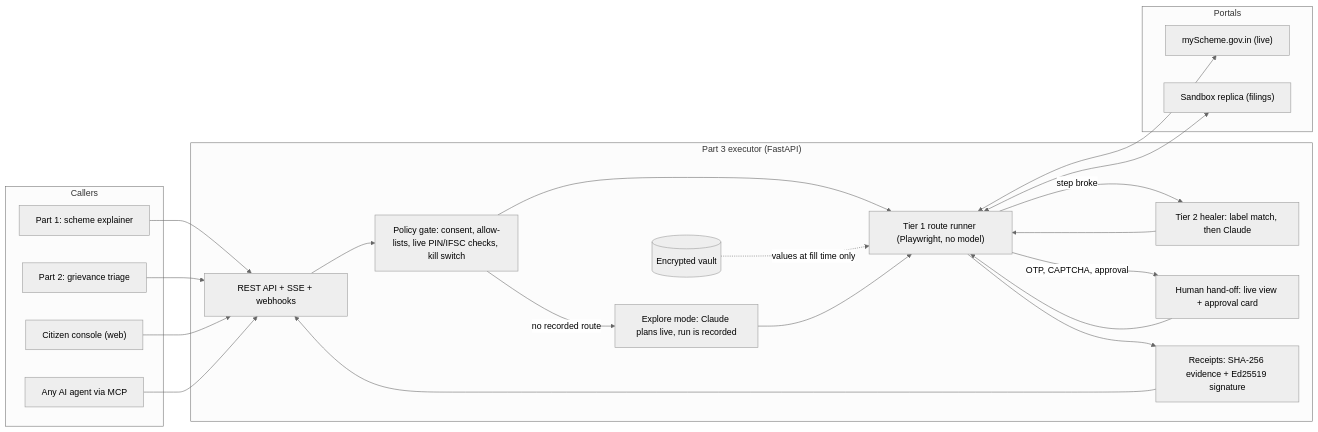
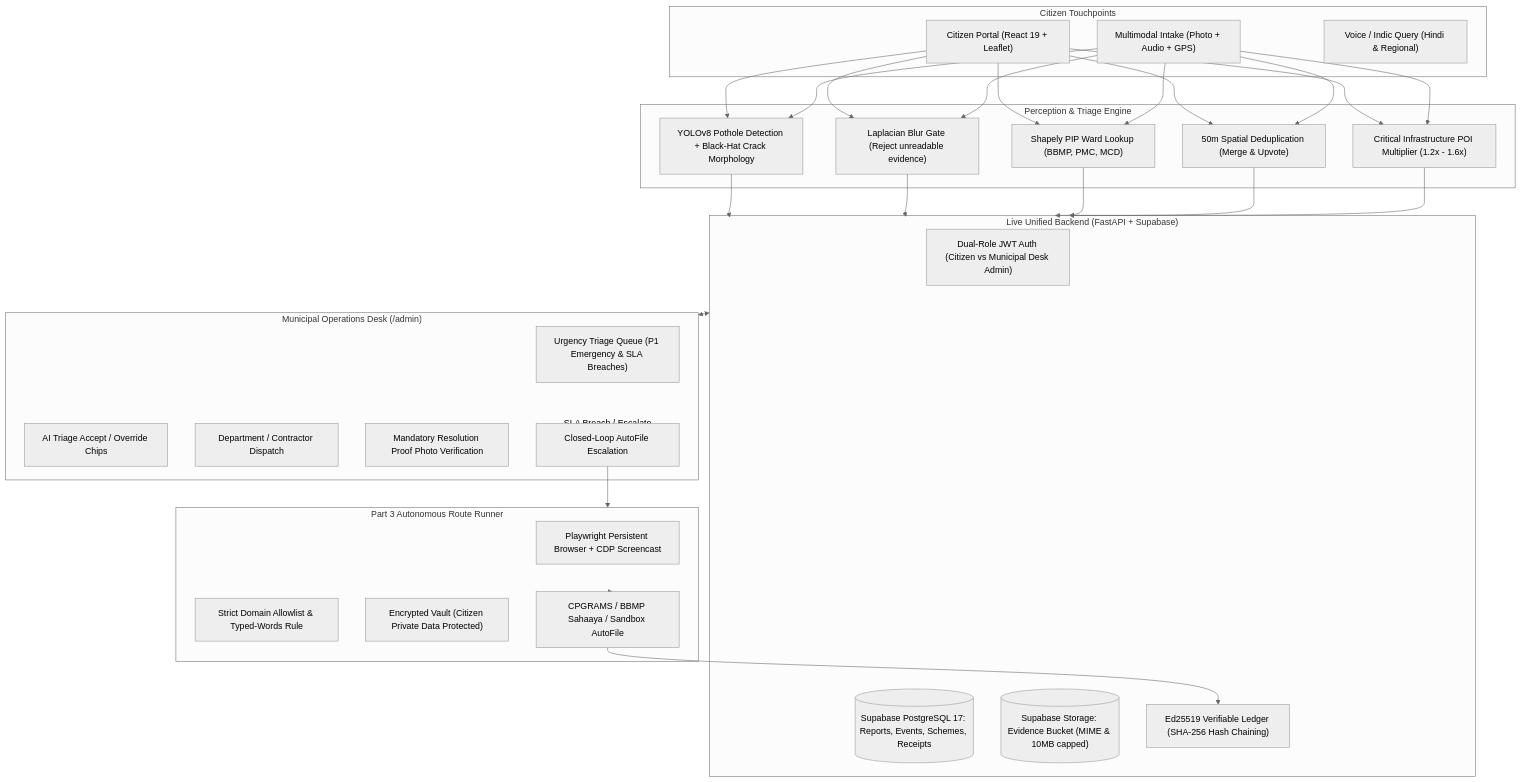
The diagram in README.md (Kanhaiya76618/civic-pilot), drawn with Mermaid (neutral theme) before and after one commit. The commit also changed other lines of this file, not shown here.

Commit message:
Milestone 6: Unified CivicPilot platform documentation, judging demo script, architecture specs

````diff
--- a/README.md
+++ b/README.md
@@ -71,30 +14,44 @@
 ```mermaid
-flowchart LR
-    subgraph Callers
-        P1["Part 1: scheme explainer"]
-        P2["Part 2: grievance triage"]
-        C["Citizen console (web)"]
-        M["Any AI agent via MCP"]
+flowchart TD
+    subgraph Citizens["Citizen Touchpoints"]
+        C1["Citizen Portal (React 19 + Leaflet)"]
+        C2["Multimodal Intake (Photo + Audio + GPS)"]
+        C3["Voice / Indic Query (Hindi & Regional)"]
     end
-    subgraph Part3["Part 3 executor (FastAPI)"]
-        API["REST API + SSE + webhooks"]
-        PG["Policy gate: consent, allow-lists, live PIN/IFSC checks, kill switch"]
-        V[("Encrypted vault")]
-        RUN["Tier 1 route runner (Playwright, no model)"]
-        HEAL["Tier 2 healer: label match, then Claude"]
-        EXP["Explore mode: Claude plans live, run is recorded"]
-        HO["Human hand-off: live view + approval card"]
-        RC["Receipts: SHA-256 evidence + Ed25519 signature"]
+
+    subgraph Perception["Perception & Triage Engine"]
+        CV["YOLOv8 Pothole Detection + Black-Hat Crack Morphology"]
+        BLUR["Laplacian Blur Gate (Reject unreadable evidence)"]
+        GIS["Shapely PIP Ward Lookup (BBMP, PMC, MCD)"]
+        DEDUP["50m Spatial Deduplication (Merge & Upvote)"]
+        POI["Critical Infrastructure POI Multiplier (1.2x - 1.6x)"]
     end
-    subgraph Portals
-        MS["myScheme.gov.in (live)"]
-        SB["Sandbox replica (filings)"]
+
+    subgraph Backend["Live Unified Backend (FastAPI + Supabase)"]
+        AUTH["Dual-Role JWT Auth (Citizen vs Municipal Desk Admin)"]
+        DB[("Supabase PostgreSQL 17: Reports, Events, Schemes, Receipts")]
+        STORAGE[("Supabase Storage: Evidence Bucket (MIME & 10MB capped)")]
+        LEDGER["Ed25519 Verifiable Ledger (SHA-256 Hash Chaining)"]
     end
-    P1 & P2 & C & M --> API --> PG --> RUN
-    V -.->|values at fill time only| RUN
-    RUN -->|step broke| HEAL --> RUN
-    PG -->|no recorded route| EXP --> RUN
-    RUN <--> MS & SB
-    RUN -->|OTP, CAPTCHA, approval| HO --> RUN
-    RUN --> RC --> API
+
+    subgraph AdminDesk["Municipal Operations Desk (/admin)"]
+        QUEUE["Urgency Triage Queue (P1 Emergency & SLA Breaches)"]
+        OVERRIDE["AI Triage Accept / Override Chips"]
+        ASSIGN["Department / Contractor Dispatch"]
+        RESOLVE["Mandatory Resolution Proof Photo Verification"]
+        ESCALATE["Closed-Loop AutoFile Escalation"]
+    end
+
+    subgraph Agent["Part 3 Autonomous Route Runner"]
+        BROWSER["Playwright Persistent Browser + CDP Screencast"]
+        ALLOWLIST["Strict Domain Allowlist & Typed-Words Rule"]
+        VAULT["Encrypted Vault (Citizen Private Data Protected)"]
+        CPGRAMS["CPGRAMS / BBMP Sahaaya / Sandbox AutoFile"]
+    end
+
+    C1 & C2 --> CV & BLUR & GIS & DEDUP & POI
+    CV & BLUR & GIS & DEDUP & POI --> Backend
+    Backend <--> AdminDesk
+    AdminDesk -->|SLA Breach / Escalate| ESCALATE --> Agent
+    Agent --> CPGRAMS --> LEDGER
 ```
````
